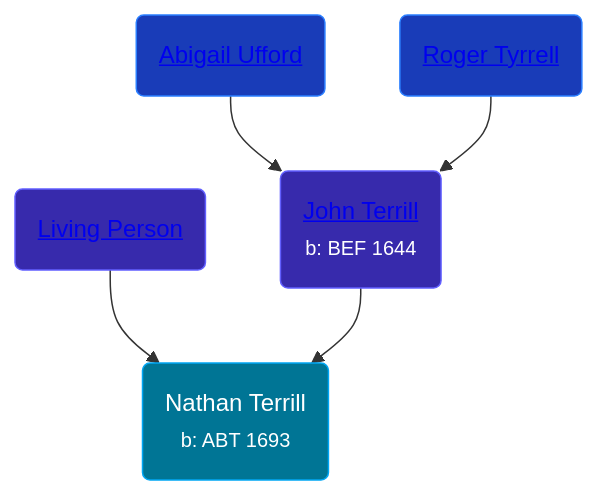
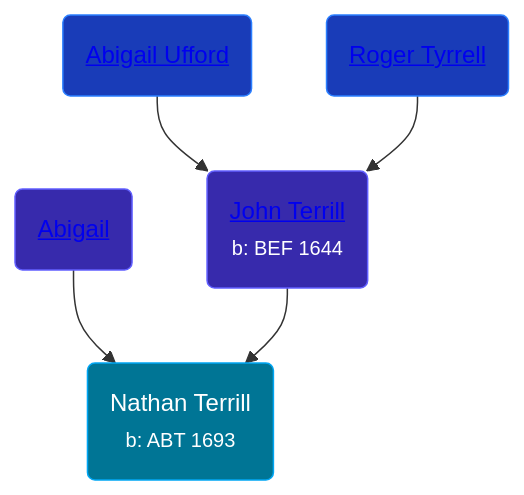
The diagram in pages/people/9/9608654.md (wpmgotkh/wpmgotkh.github.io), drawn with Mermaid before and after one commit. The commit also changed other lines of this file and 586 other files, not shown here.

Commit message:
feat: better shouldConsiderPersonLiving algo

````diff
--- a/pages/people/9/9608654.md
+++ b/pages/people/9/9608654.md
@@ -11,11 +11,11 @@
 ```mermaid
 graph
 classDef grands fill:#193cb8,stroke:#2b7fff,stroke-width:1px,color:#fff;
 classDef parents fill:#372aac,stroke:#615fff,stroke-width:1px,color:#fff;
 classDef primary fill:#007595,stroke:#00a6f4,stroke-width:1px,color:#fff;
 9608654(Nathan Terrill<br /><small>b: ABT 1693</small>):::primary
-48582652(<a class="text-white" href="/people/4/48582652">Living Person</a>):::parents-->9608654
+48582652(<a class="text-white" href="/people/4/48582652">Abigail </a>):::parents-->9608654
 65221157(<a class="text-white" href="/people/6/65221157">John Terrill</a><br /><small>b: BEF 1644</small>):::parents-->9608654
 99473444(<a class="text-white" href="/people/9/99473444">Abigail Ufford</a>):::grands-->65221157
 2108514(<a class="text-white" href="/people/2/2108514">Roger Tyrrell</a>):::grands-->65221157
 ```
````
